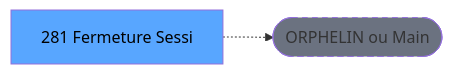
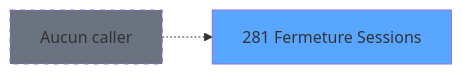
The second of 3 diagrams in .openspec/specs/ADH-IDE-281.md (thonyAGP/magic-migration), drawn with Mermaid before and after one commit. The commit also changed other lines of this file and 493 other files, not shown here.

````diff
--- a/.openspec/specs/ADH-IDE-281.md
+++ b/.openspec/specs/ADH-IDE-281.md
@@ -122,8 +145,8 @@
 ```mermaid
 graph LR
-    T[281 Fermeture Sessi]
-    ORPHAN([ORPHELIN ou Main])
-    T -.-> ORPHAN
-    style T fill:#58a6ff,color:#000
-    style ORPHAN fill:#6b7280,stroke-dasharray: 5 5
+    T281[281 Fermeture Sessions]
+    style T281 fill:#58a6ff
+    NONE[Aucun caller]
+    NONE -.-> T281
+    style NONE fill:#6b7280,stroke-dasharray: 5 5
 ```
````
